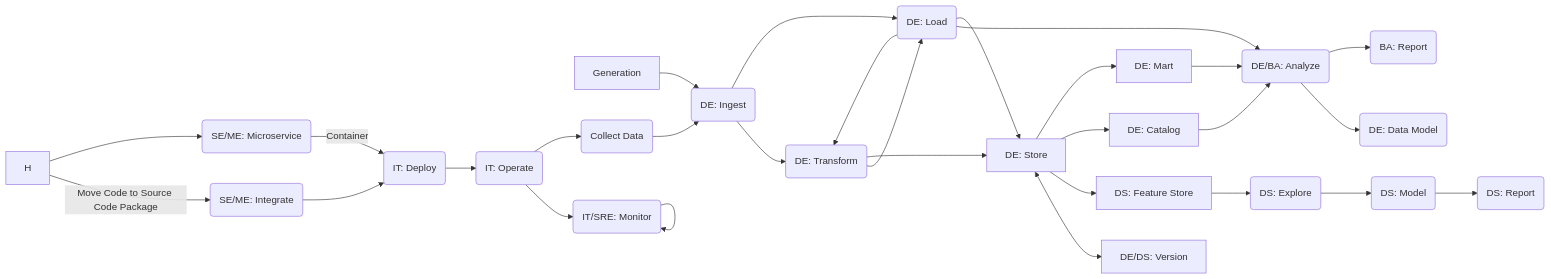
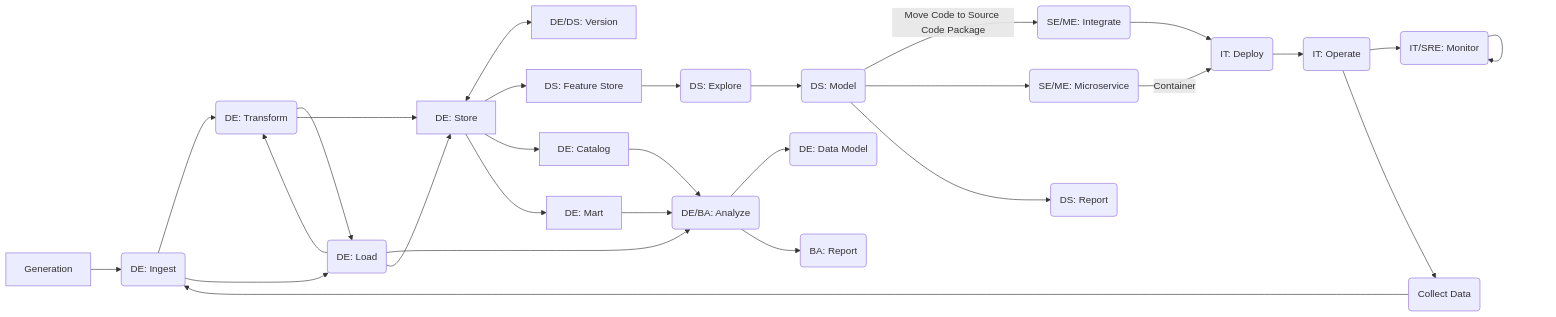
Before and after one commit to mraarone/dsbaseline: the diagram in docs/docs/index.md, drawn with Mermaid.

````diff
--- a/docs/docs/index.md
+++ b/docs/docs/index.md
@@ -118,17 +118,17 @@
 ```mermaid
 flowchart LR
     A[Generation] --> B(DE: Ingest) --> C(DE: Transform) --> D(DE: Load) --> E(DE/BA: Analyze) --> G(DE: Data Model)
-    H -->|Move Code to Source Code Package| O(SE/ME: Integrate) --> Q(IT: Deploy) --> R(IT: Operate) --> S(IT/SRE: Monitor) --> S
-    H --> P(SE/ME: Microservice) -->|Container| Q
+    W -->|Move Code to Source Code Package| O(SE/ME: Integrate) --> Q(IT: Deploy) --> R(IT: Operate) --> S(IT/SRE: Monitor) --> S
+    W --> P(SE/ME: Microservice) -->|Container| Q
     R --> U(Collect Data) --> B
     E --> T(BA: Report)
     B --> D
     D --> C
     D --> J[DE: Store]
     C --> J
     J <--> L[DE/DS: Version]
     J --> N[DS: Feature Store]
     J --> K[DE: Catalog] --> E
     J --> M[DE: Mart] --> E
     N --> V(DS: Explore) --> W(DS: Model) --> I(DS: Report)
 ```
````
